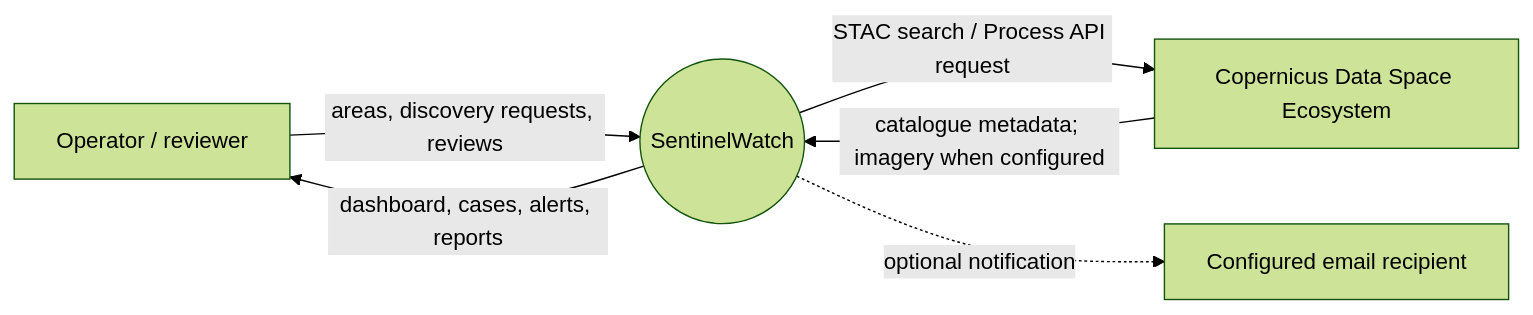
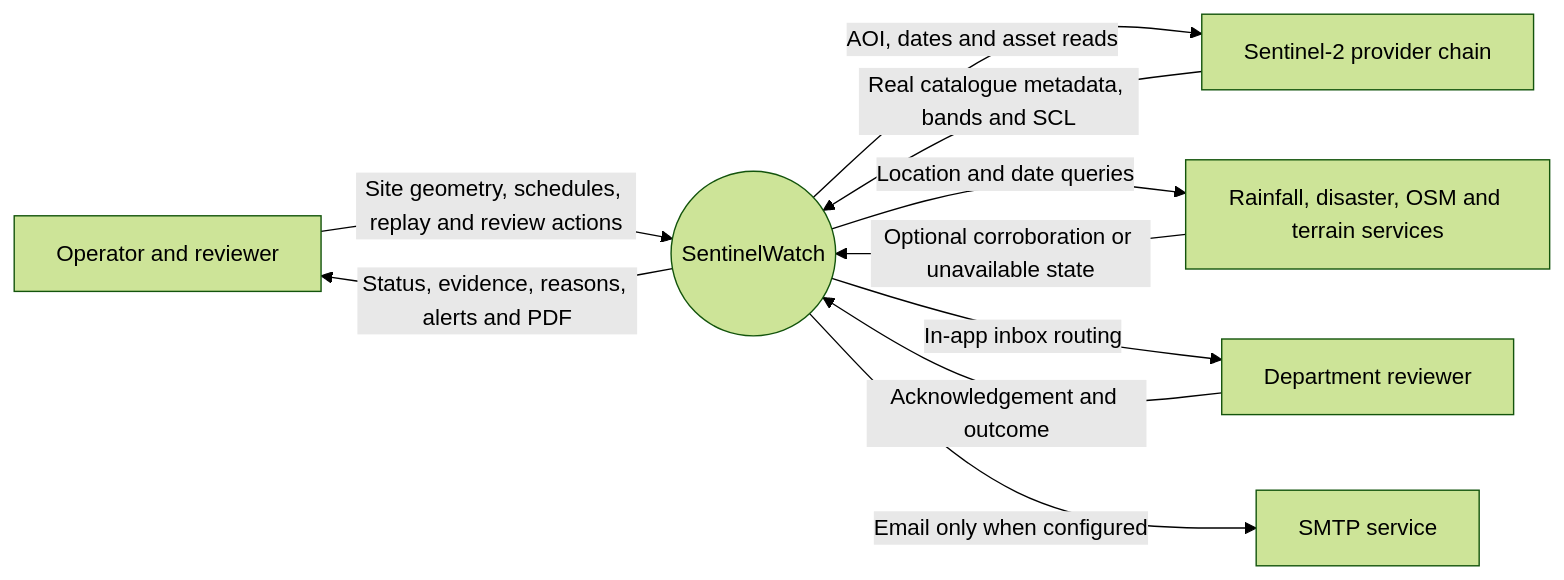
Before and after one commit to srinidhimanjunath111-ni/SentinelWatch_Project: the diagram in docs/diagrams/dfd-level-0.mmd, drawn with Mermaid (forest theme). The commit also changed 9 other files, not shown here.

Commit message:
docs: align ten system diagrams with v3 implementation

```diff
--- a/docs/diagrams/dfd-level-0.mmd
+++ b/docs/diagrams/dfd-level-0.mmd
@@ -1,6 +1,10 @@
 flowchart LR
-  USER[Operator / reviewer] -->|areas, discovery requests, reviews| SW((SentinelWatch))
-  SW -->|dashboard, cases, alerts, reports| USER
-  CDSE[Copernicus Data Space Ecosystem] -->|catalogue metadata; imagery when configured| SW
-  SW -->|STAC search / Process API request| CDSE
-  SW -. optional notification .-> EMAIL[Configured email recipient]
+  OP[Operator and reviewer] -->|Site geometry, schedules, replay and review actions| SW((SentinelWatch))
+  SW -->|Status, evidence, reasons, alerts and PDF| OP
+  SW -->|AOI, dates and asset reads| SAT[Sentinel-2 provider chain]
+  SAT -->|Real catalogue metadata, bands and SCL| SW
+  SW -->|Location and date queries| CTX[Rainfall, disaster, OSM and terrain services]
+  CTX -->|Optional corroboration or unavailable state| SW
+  SW -->|In-app inbox routing| DEPT[Department reviewer]
+  DEPT -->|Acknowledgement and outcome| SW
+  SW -->|Email only when configured| SMTP[SMTP service]
```
